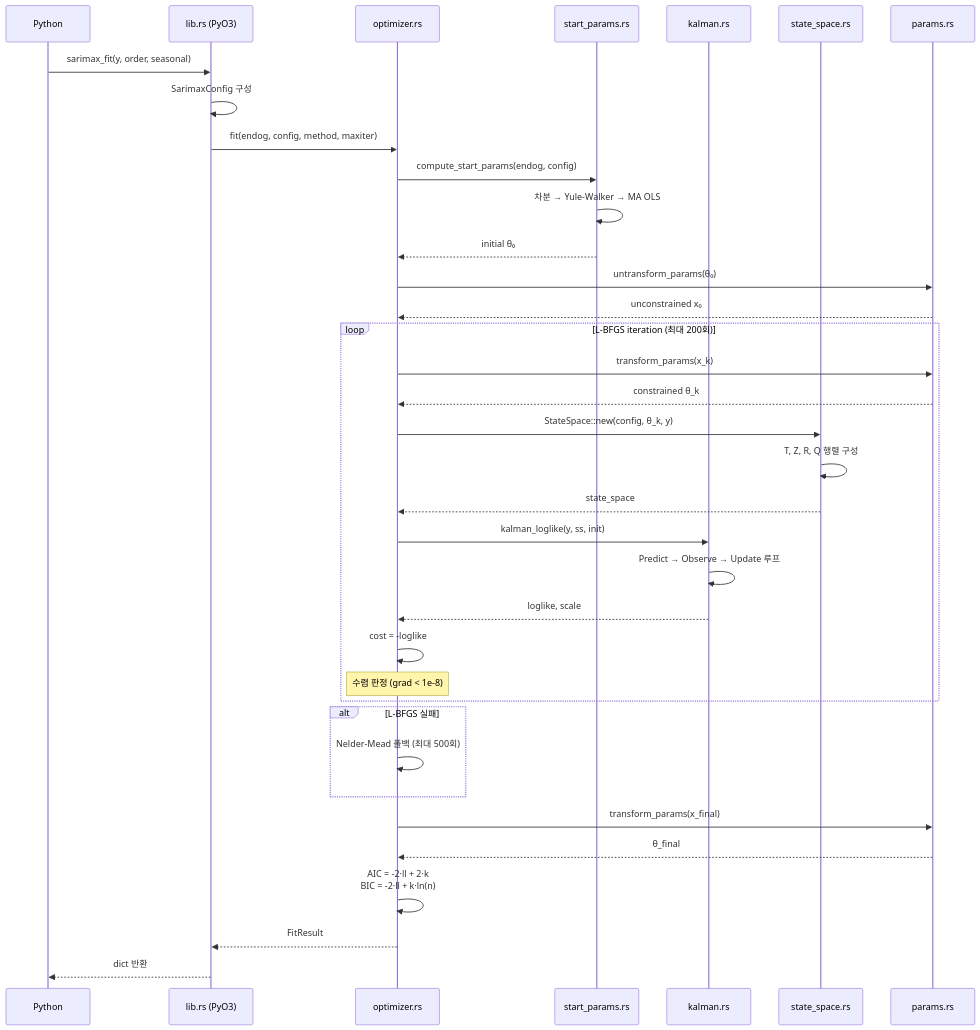
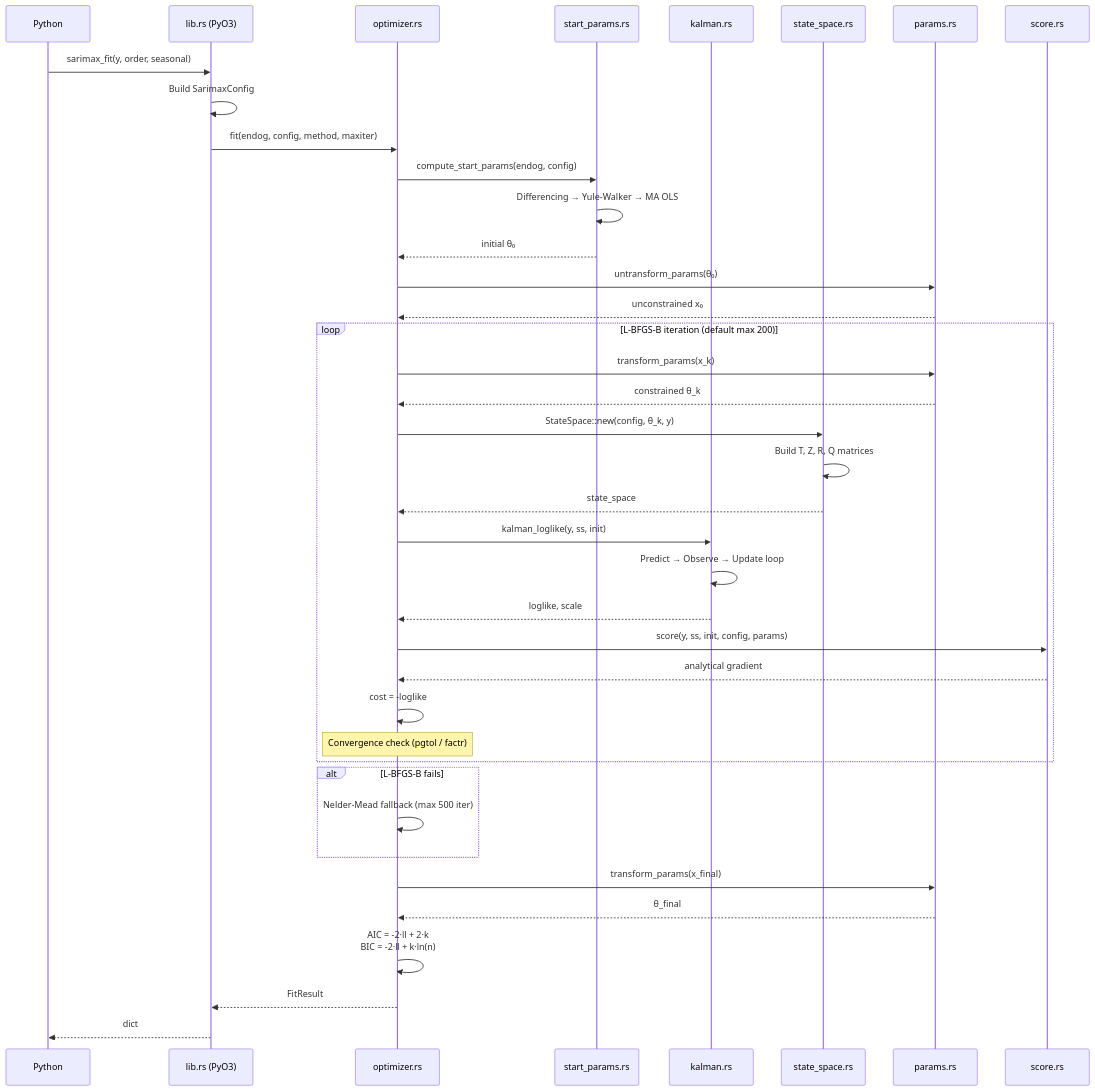
One commit to zongseung/Rust-python-arima changed the second of 5 diagrams in README.md. Above: the diagram before and after it, drawn with Mermaid. The commit also changed other lines of this file and 5 other files, not shown here.

````diff
--- a/README.md
+++ b/README.md
@@ -186,44 +213,47 @@
 ```mermaid
 sequenceDiagram
     participant P as Python
     participant L as lib.rs (PyO3)
     participant O as optimizer.rs
     participant S as start_params.rs
     participant K as kalman.rs
     participant SS as state_space.rs
     participant PR as params.rs
+    participant SC as score.rs
 
     P->>L: sarimax_fit(y, order, seasonal)
-    L->>L: SarimaxConfig 구성
+    L->>L: Build SarimaxConfig
     L->>O: fit(endog, config, method, maxiter)
 
     O->>S: compute_start_params(endog, config)
-    S->>S: 차분 → Yule-Walker → MA OLS
+    S->>S: Differencing → Yule-Walker → MA OLS
     S-->>O: initial θ₀
 
     O->>PR: untransform_params(θ₀)
     PR-->>O: unconstrained x₀
 
-    loop L-BFGS iteration (최대 200회)
+    loop L-BFGS-B iteration (default max 200)
         O->>PR: transform_params(x_k)
         PR-->>O: constrained θ_k
         O->>SS: StateSpace::new(config, θ_k, y)
-        SS->>SS: T, Z, R, Q 행렬 구성
+        SS->>SS: Build T, Z, R, Q matrices
         SS-->>O: state_space
         O->>K: kalman_loglike(y, ss, init)
-        K->>K: Predict → Observe → Update 루프
+        K->>K: Predict → Observe → Update loop
         K-->>O: loglike, scale
+        O->>SC: score(y, ss, init, config, params)
+        SC-->>O: analytical gradient
         O->>O: cost = -loglike
-        Note over O: 수렴 판정 (grad < 1e-8)
+        Note over O: Convergence check (pgtol / factr)
     end
 
-    alt L-BFGS 실패
-        O->>O: Nelder-Mead 폴백 (최대 500회)
+    alt L-BFGS-B fails
+        O->>O: Nelder-Mead fallback (max 500 iter)
     end
 
     O->>PR: transform_params(x_final)
     PR-->>O: θ_final
     O->>O: AIC = -2·ll + 2·k<br/>BIC = -2·ll + k·ln(n)
     O-->>L: FitResult
-    L-->>P: dict 반환
+    L-->>P: dict
 ```
````
